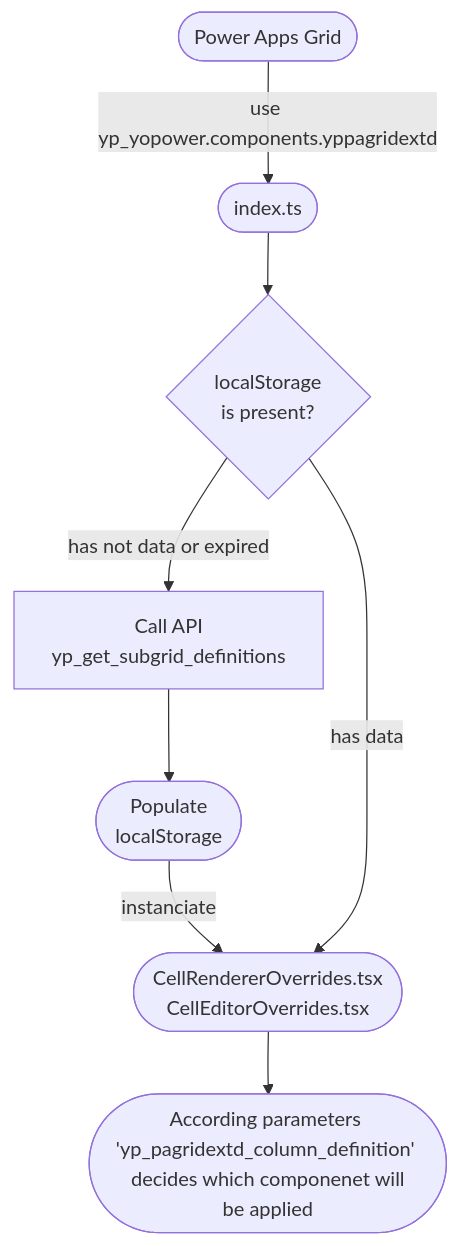
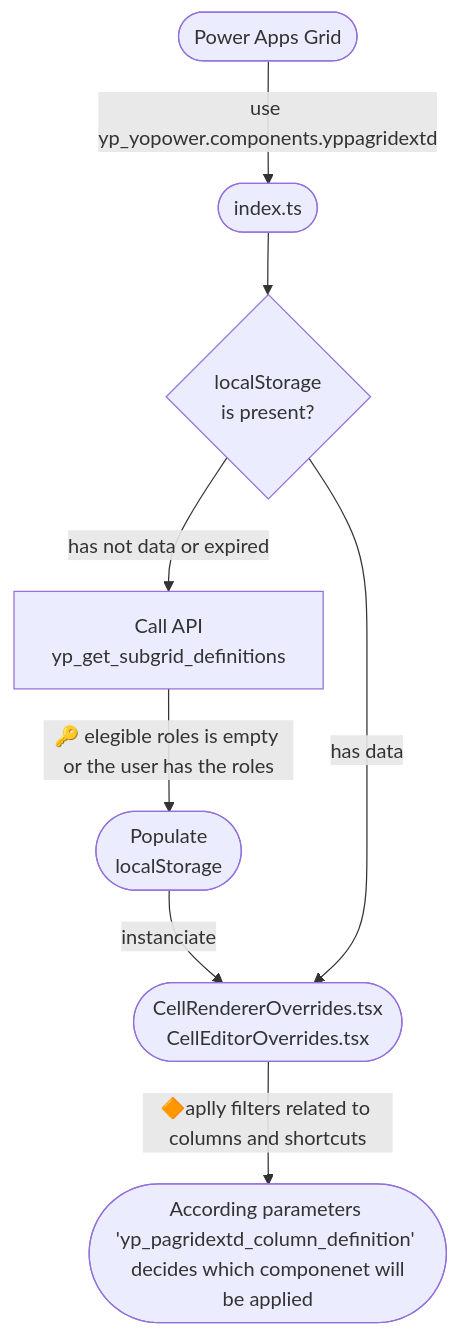
Before and after one commit to yopowerrepos/freemium: the diagram in yopower_components/yopower_page/README.md, drawn with Mermaid. The commit also changed other lines of this file and 47 other files, not shown here.

Commit message:
New component, elegible for security roles, fluent 9, 24 hours localStorage and bug fix

````diff
--- a/yopower_components/yopower_page/README.md
+++ b/yopower_components/yopower_page/README.md
@@ -554,10 +560,10 @@
 ```mermaid
 flowchart
   A([Power Apps Grid]) --use yp_yopower.components.yppagridextd--> B([index.ts])
   B --> C{localStorage <br> is present?}
   C -- has not data or expired --> D[Call API <br> yp_get_subgrid_definitions]
-  D --> E([Populate <br> localStorage])
+  D -- 🔑 elegible roles is empty or the user has the roles --> E([Populate <br> localStorage])
   E -- instanciate --> F([CellRendererOverrides.tsx <br> CellEditorOverrides.tsx])
   C -- has data --> F
-  F --> G([According parameters 'yp_pagridextd_column_definition' <br> decides which componenet will be applied])
+  F -- 🔶aplly filters related to columns and shortcuts --> G([According parameters 'yp_pagridextd_column_definition' <br> decides which componenet will be applied])
 ```
````
